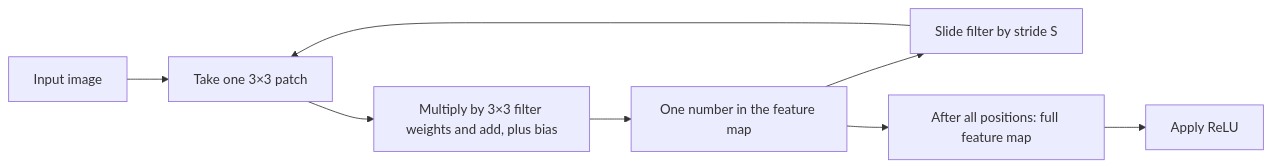
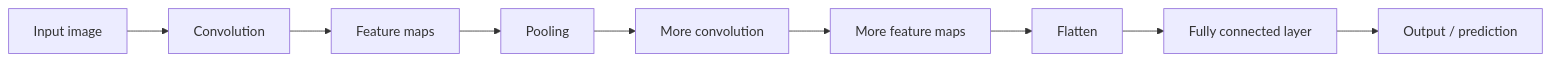
One commit to TrendySloth1001/sem-seven-notes changed the first of 4 diagrams in content/deep-learning/notes/cnn.mdx. Above: the diagram before and after it, drawn with Mermaid. The commit also changed other lines of this file and 23 other files, not shown here.

Commit message:
Rewrite the CNN note and two CNN answers from the teachers' Chapter 4 slides and Module 4 notes. They keep the teacher's definitions and 18 of their figures, cite only class files, and correct ten slide errors.

````diff
--- a/content/deep-learning/notes/cnn.mdx
+++ b/content/deep-learning/notes/cnn.mdx
@@ -80,11 +46,12 @@
 ```mermaid
-%% caption: One convolution step. The filter covers one small patch, multiplies and adds, and writes one number into the feature map. Then it slides to the next patch and does the same with the same weights.
+%% caption: The simple idea of a CNN, as the teacher draws it. The convolution and pooling steps find features; flatten and the fully connected layer make the decision.
 flowchart LR
-  A["Input image"] --> B["Take one 3×3 patch"]
-  B --> C["Multiply by 3×3 filter weights and add, plus bias"]
-  C --> D["One number in the feature map"]
-  D --> E["Slide filter by stride S"]
-  E --> B
-  D --> F["After all positions: full feature map"]
-  F --> G["Apply ReLU"]
+  A["Input image"] --> B["Convolution"]
+  B --> C["Feature maps"]
+  C --> D["Pooling"]
+  D --> E["More convolution"]
+  E --> F["More feature maps"]
+  F --> G["Flatten"]
+  G --> H["Fully connected layer"]
+  H --> I["Output / prediction"]
 ```
````
